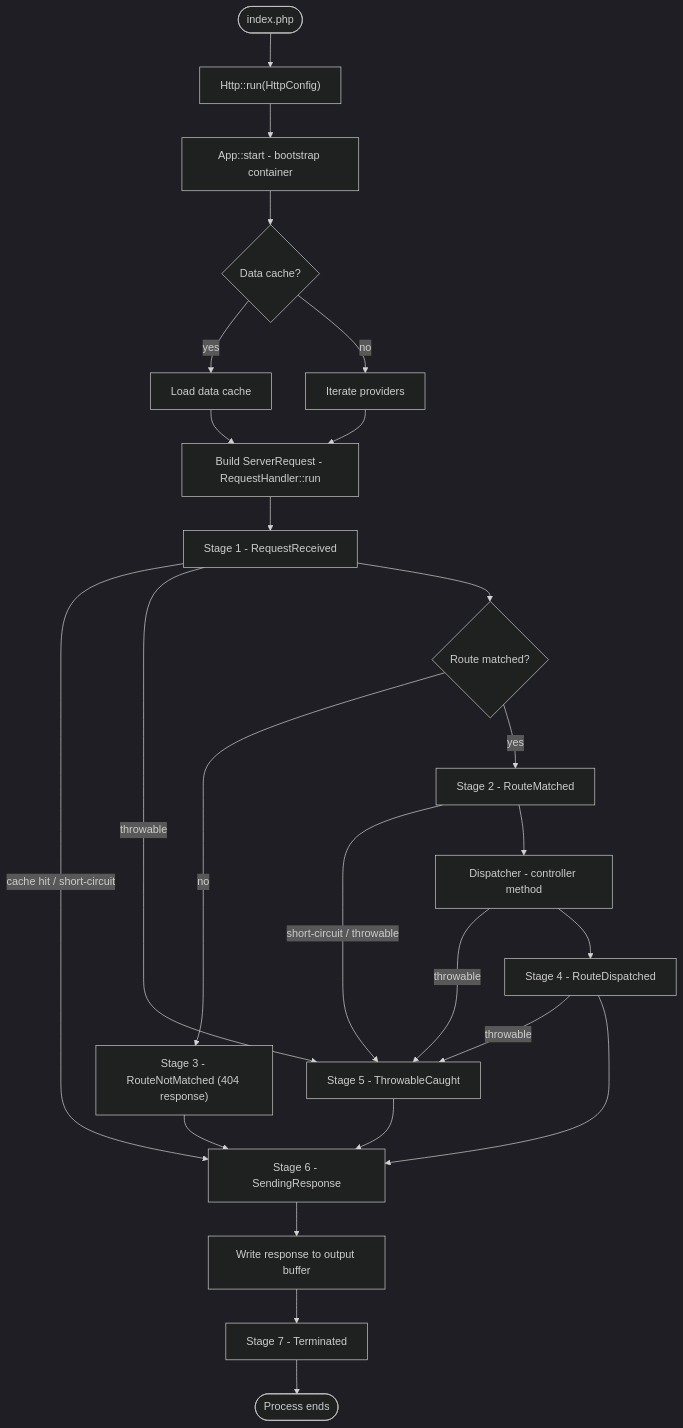
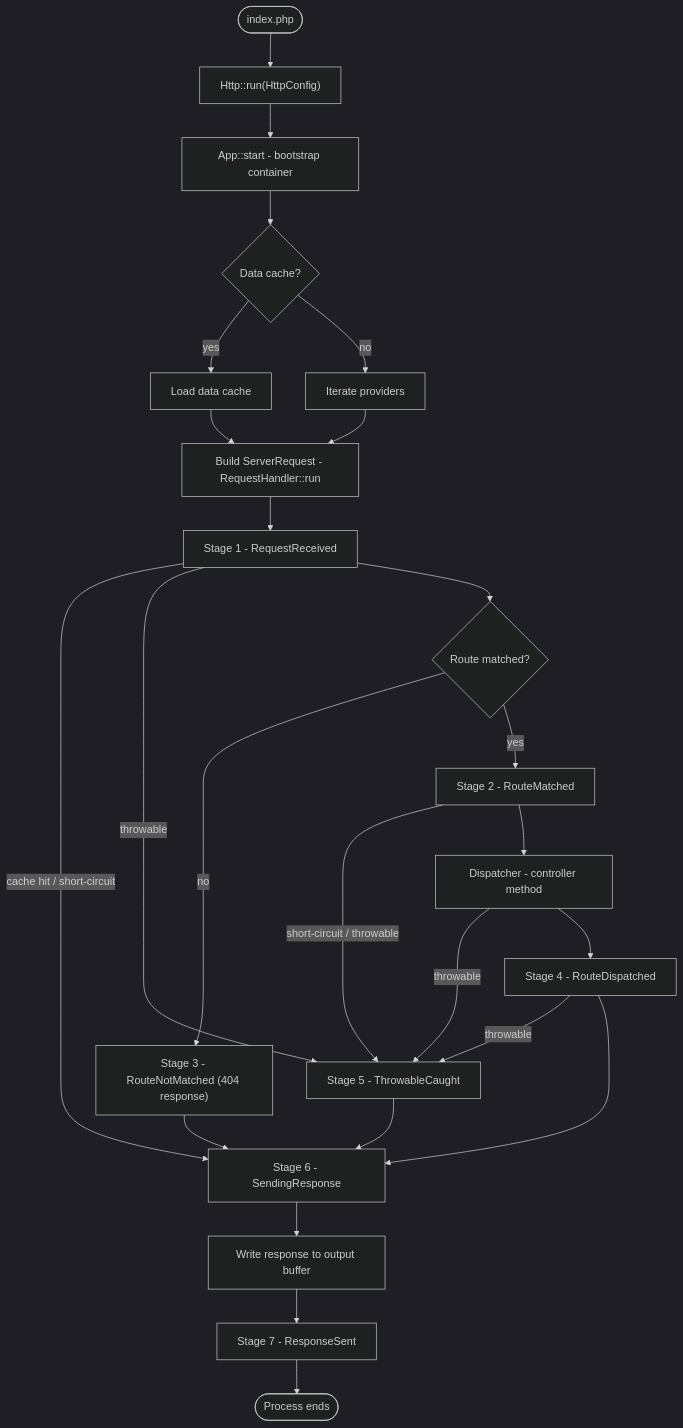
Before and after one commit to valkyrjaio/valkyrja: the first of 3 diagrams in src/Valkyrja/LIFECYCLE.md, drawn with Mermaid (dark theme). The commit also changed other lines of this file and 41 other files, not shown here.

Commit message:
[Http] Rename terminal middleware stage Terminated to ResponseSent.

````diff
--- a/src/Valkyrja/LIFECYCLE.md
+++ b/src/Valkyrja/LIFECYCLE.md
@@ -369,27 +369,27 @@
 ```mermaid
 flowchart TD
     A([index.php]) --> B["Http::run(HttpConfig)"]
     B --> C["App::start - bootstrap container"]
     C --> D{Data cache?}
     D -->|yes| E[Load data cache]
     D -->|no| F[Iterate providers]
     E --> G["Build ServerRequest - RequestHandler::run"]
     F --> G
     G --> H[Stage 1 - RequestReceived]
     H -->|"cache hit / short-circuit"| L[Stage 6 - SendingResponse]
     H -->|throwable| T[Stage 5 - ThrowableCaught]
     H --> I{Route matched?}
     I -->|no| J["Stage 3 - RouteNotMatched (404 response)"]
     I -->|yes| K[Stage 2 - RouteMatched]
     J --> L
     K -->|"short-circuit / throwable"| T
     K --> M[Dispatcher - controller method]
     M -->|throwable| T
     M --> N[Stage 4 - RouteDispatched]
     N -->|throwable| T
     N --> L
     T --> L
     L --> P[Write response to output buffer]
-    P --> Q[Stage 7 - Terminated]
+    P --> Q[Stage 7 - ResponseSent]
     Q --> R([Process ends])
 ```
````
